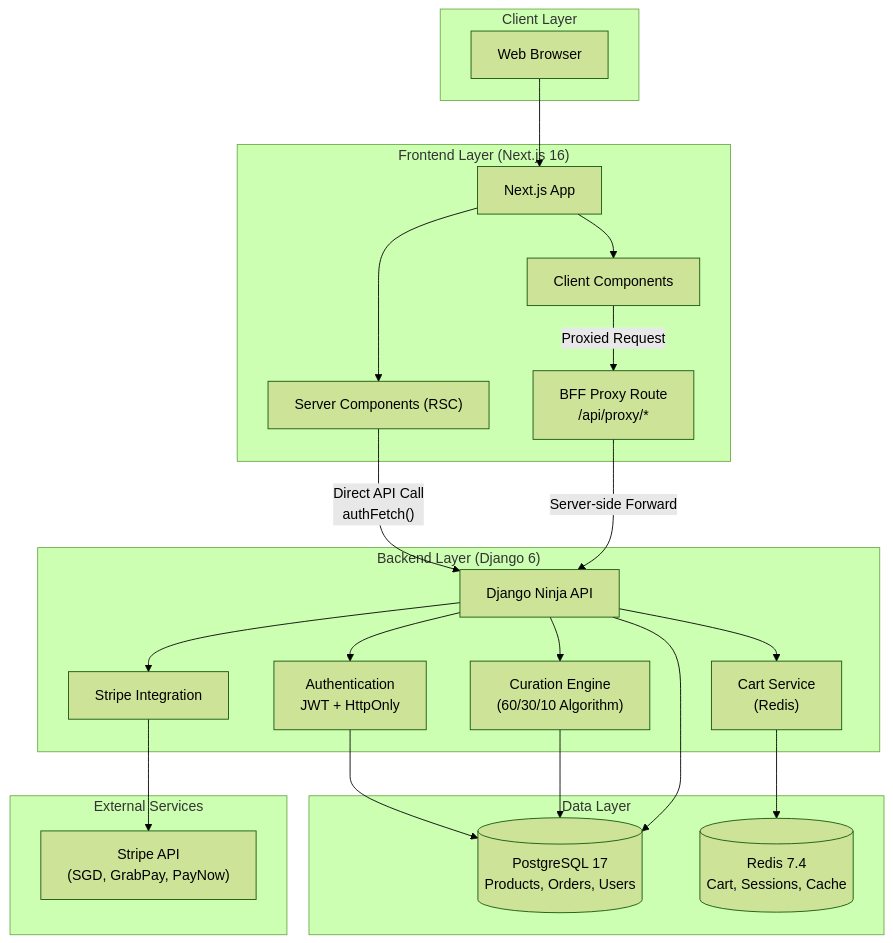
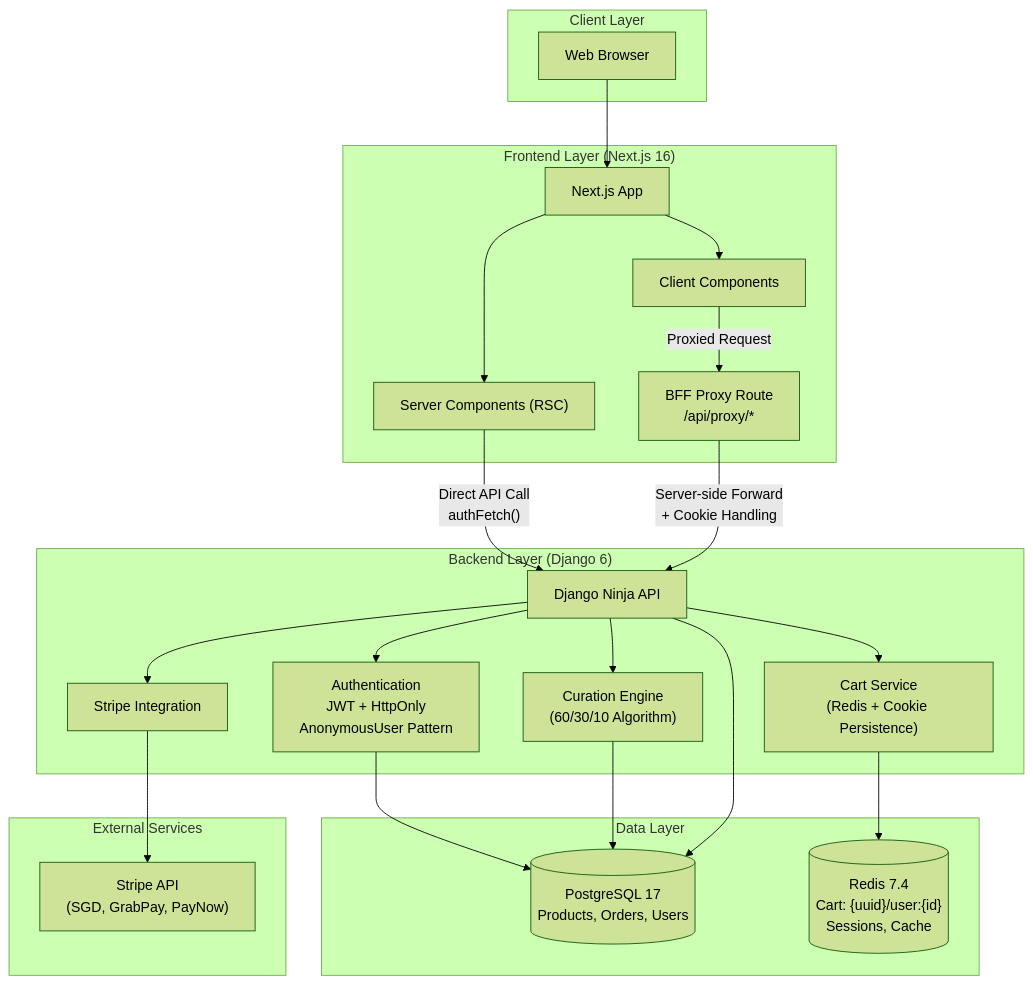
Before and after one commit to nordeim/cha-yuan: the first of 9 diagrams in docs/Project_Architecture_Document.md, drawn with Mermaid (forest theme). The commit also changed other lines of this file and 5 other files, not shown here.

````diff
--- a/docs/Project_Architecture_Document.md
+++ b/docs/Project_Architecture_Document.md
@@ -60,49 +67,49 @@
 ```mermaid
 flowchart TB
     subgraph Client["Client Layer"]
         Browser["Web Browser"]
     end
 
     subgraph Frontend["Frontend Layer (Next.js 16)"]
         NextApp["Next.js App"]
         ServerComp["Server Components (RSC)"]
         ClientComp["Client Components"]
         BFF["BFF Proxy Route<br/>/api/proxy/*"]
     end
 
     subgraph Backend["Backend Layer (Django 6)"]
         NinjaAPI["Django Ninja API"]
-        Auth["Authentication<br/>JWT + HttpOnly"]
-        CartSvc["Cart Service<br/>(Redis)"]
+        Auth["Authentication<br/>JWT + HttpOnly<br/>AnonymousUser Pattern"]
+        CartSvc["Cart Service<br/>(Redis + Cookie Persistence)"]
         Curation["Curation Engine<br/>(60/30/10 Algorithm)"]
         Stripe["Stripe Integration"]
     end
 
     subgraph Data["Data Layer"]
         Postgres[("PostgreSQL 17<br/>Products, Orders, Users")]
-        Redis[("Redis 7.4<br/>Cart, Sessions, Cache")]
+        Redis[("Redis 7.4<br/>Cart: {uuid}/user:{id}<br/>Sessions, Cache")]
     end
 
     subgraph External["External Services"]
         StripeAPI["Stripe API<br/>(SGD, GrabPay, PayNow)"]
     end
 
     Browser --> NextApp
     NextApp --> ServerComp
     NextApp --> ClientComp
 
     ServerComp --> |"Direct API Call<br/>authFetch()"| NinjaAPI
     ClientComp --> |"Proxied Request"| BFF
-    BFF --> |"Server-side Forward"| NinjaAPI
+    BFF --> |"Server-side Forward<br/>+ Cookie Handling"| NinjaAPI
 
     NinjaAPI --> Auth
     NinjaAPI --> CartSvc
     NinjaAPI --> Curation
     NinjaAPI --> Stripe
 
     Auth --> Postgres
     CartSvc --> Redis
     Curation --> Postgres
     Stripe --> StripeAPI
     NinjaAPI --> Postgres
 ```
````
